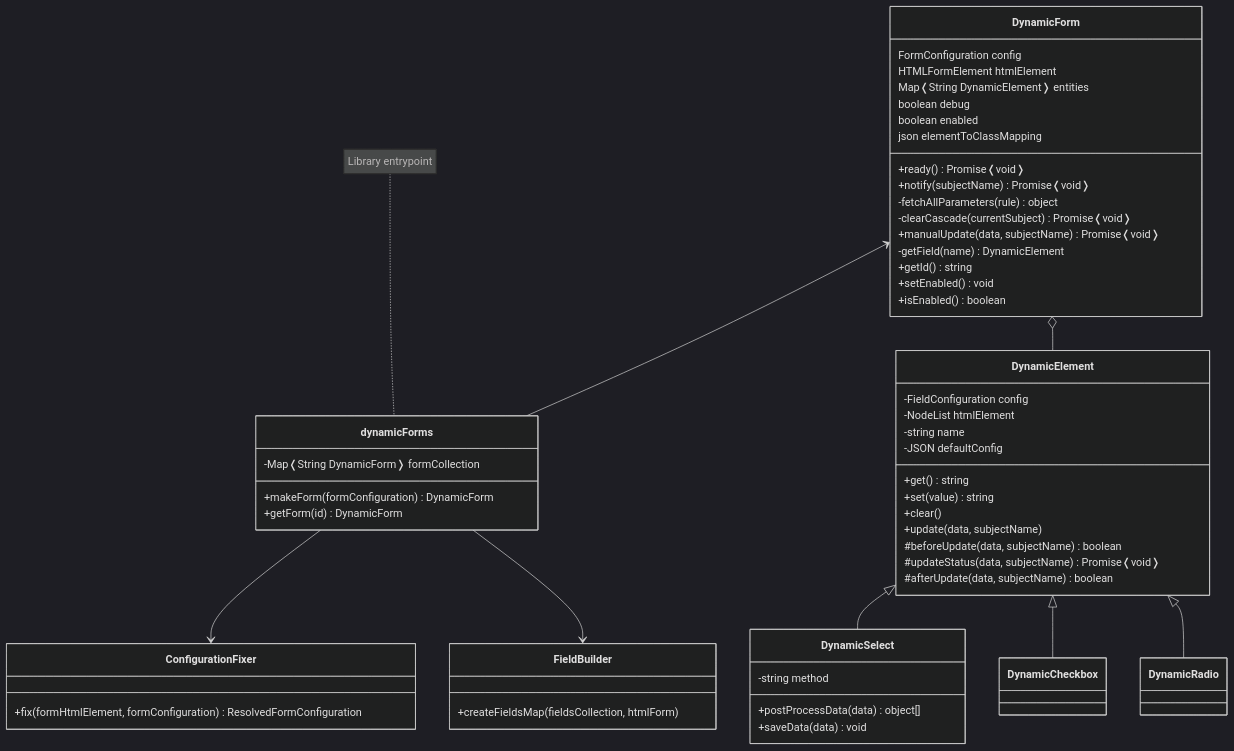
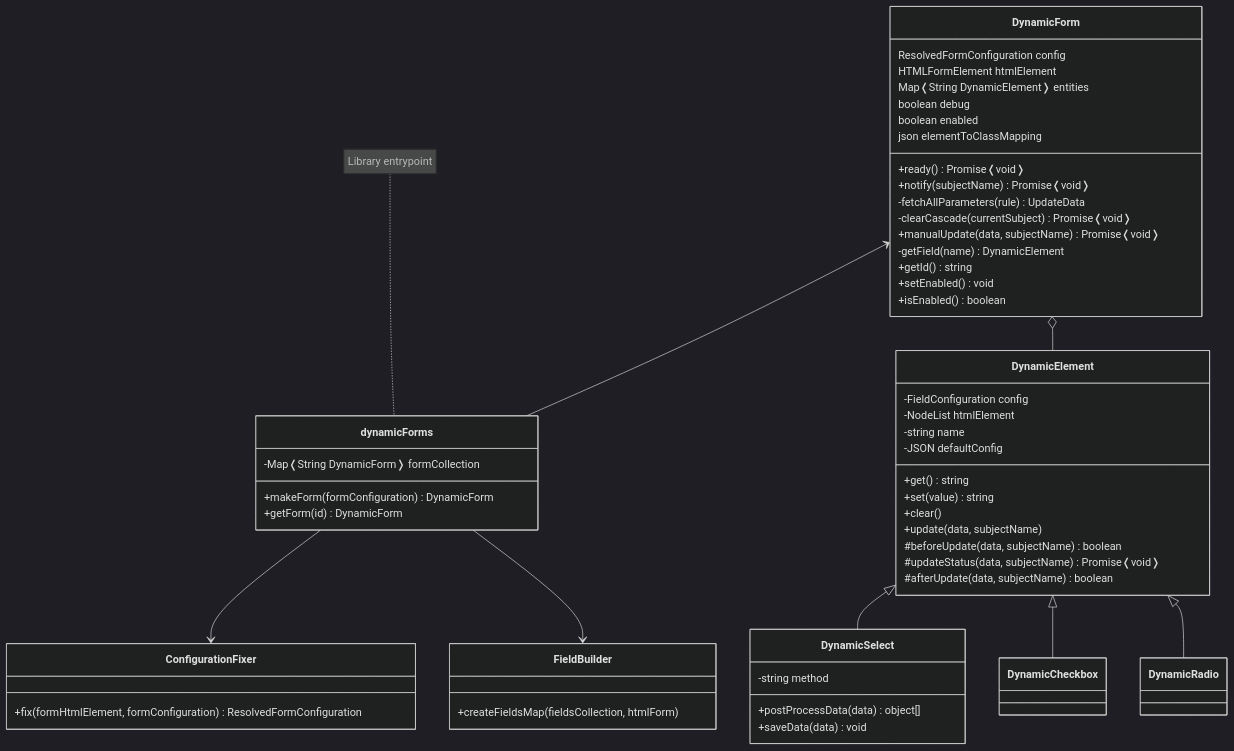
The diagram in docs/dev/contribute.md (simomosi/dynamic-forms), drawn with Mermaid (dark theme) before and after one commit. The commit also changed 7 other files, not shown here.

````diff
--- a/docs/dev/contribute.md
+++ b/docs/dev/contribute.md
@@ -41,69 +41,69 @@
 ```mermaid
 classDiagram
 
     class DynamicForm {
-        FormConfiguration config
+        ResolvedFormConfiguration config
         HTMLFormElement htmlElement
         Map❬String DynamicElement❭ entities
         boolean debug
         boolean enabled
         json elementToClassMapping
 
         +ready() Promise❬void❭
         +notify(subjectName) Promise❬void❭
-        -fetchAllParameters(rule) object
+        -fetchAllParameters(rule) UpdateData
         -clearCascade(currentSubject) Promise❬void❭
         +manualUpdate(data, subjectName) Promise❬void❭
         -getField(name) DynamicElement
         +getId() string
         +setEnabled() void
         +isEnabled() boolean
     }
 
     class dynamicForms {
         -Map❬String DynamicForm❭ formCollection
         +makeForm(formConfiguration) DynamicForm
         +getForm(id) DynamicForm
     }
 
     note for dynamicForms "Library entrypoint"
 
     class ConfigurationFixer {
         +fix(formHtmlElement, formConfiguration) ResolvedFormConfiguration
     }
 
     class FieldBuilder {
         +createFieldsMap(fieldsCollection, htmlForm)
     }
 
     class DynamicElement {
         -FieldConfiguration config
         -NodeList htmlElement
         -string name
         -JSON defaultConfig
         +get() string
         +set(value) string
         +clear()
         +update(data, subjectName)
         #beforeUpdate(data, subjectName) boolean
         #updateStatus(data, subjectName) Promise❬void❭
         #afterUpdate(data, subjectName) boolean
     }
 
     class DynamicSelect {
         -string method
         +postProcessData(data) object[]
         +saveData(data) void
     }
 
     dynamicForms --> ConfigurationFixer
     dynamicForms --> FieldBuilder
 
     DynamicForm <-- dynamicForms
     DynamicForm o-- DynamicElement
 
     DynamicElement <|-- DynamicSelect
     DynamicElement <|-- DynamicCheckbox
     DynamicElement <|-- DynamicRadio
 
 ```
````
